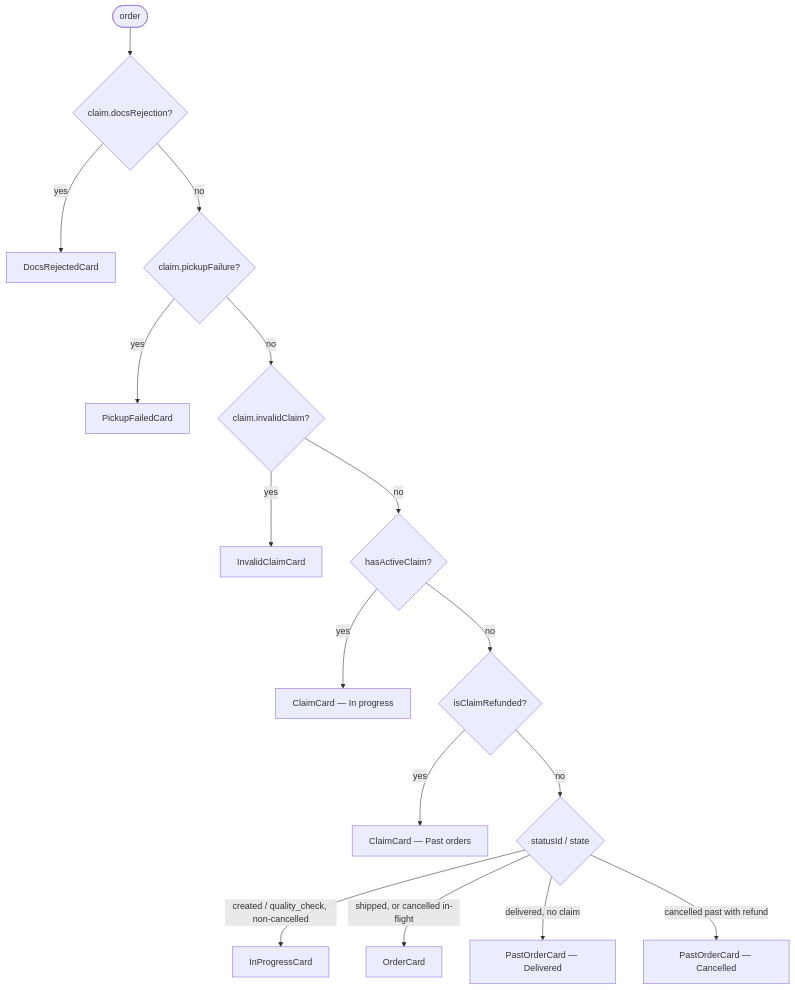
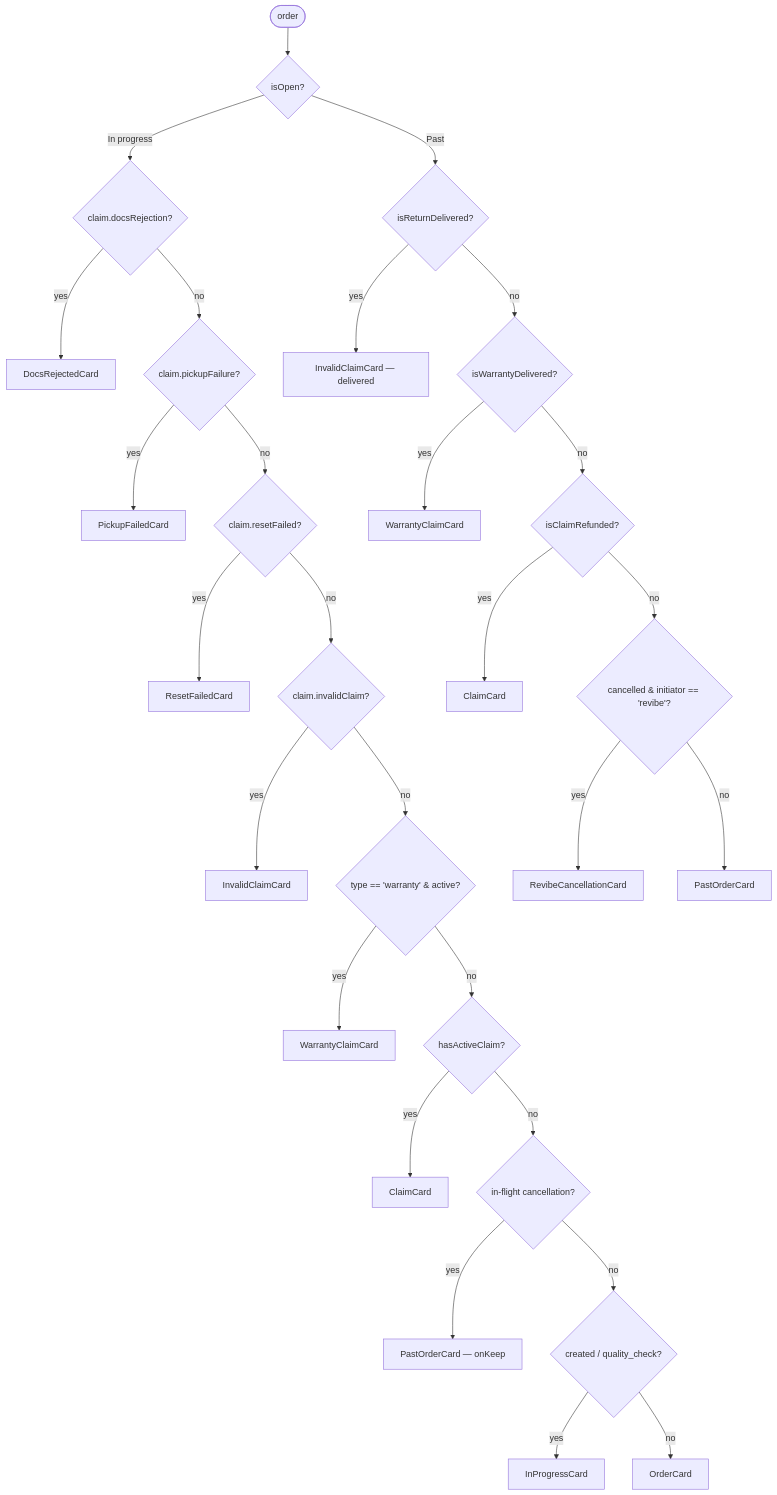
Before and after one commit to andrea-revibe/my-account-redesign-v2: the first of 4 diagrams in docs/output/orders.md, drawn with Mermaid. The commit also changed other lines of this file and 9 other files, not shown here.

````diff
--- a/docs/output/orders.md
+++ b/docs/output/orders.md
@@ -52,18 +52,30 @@
 ```mermaid
 flowchart TD
-  start([order]) --> q1{claim.docsRejection?}
+  start([order]) --> open{isOpen?}
+  open -->|In progress| q1{claim.docsRejection?}
   q1 -->|yes| docs[DocsRejectedCard]
   q1 -->|no| q2{claim.pickupFailure?}
   q2 -->|yes| pickup[PickupFailedCard]
-  q2 -->|no| q3{claim.invalidClaim?}
-  q3 -->|yes| invalid[InvalidClaimCard]
-  q3 -->|no| q4{hasActiveClaim?}
-  q4 -->|yes| claim[ClaimCard — In progress]
-  q4 -->|no| q5{isClaimRefunded?}
-  q5 -->|yes| claimPast[ClaimCard — Past orders]
-  q5 -->|no| q6{statusId / state}
-  q6 -->|created / quality_check, non-cancelled| inprog[InProgressCard]
-  q6 -->|shipped, or cancelled in-flight| order[OrderCard]
-  q6 -->|delivered, no claim| delivered[PastOrderCard — Delivered]
-  q6 -->|cancelled past with refund| cancelled[PastOrderCard — Cancelled]
+  q2 -->|no| q3{claim.resetFailed?}
+  q3 -->|yes| reset[ResetFailedCard]
+  q3 -->|no| q4{claim.invalidClaim?}
+  q4 -->|yes| invalid[InvalidClaimCard]
+  q4 -->|no| q5{type == 'warranty' &amp; active?}
+  q5 -->|yes| warr[WarrantyClaimCard]
+  q5 -->|no| q6{hasActiveClaim?}
+  q6 -->|yes| claim[ClaimCard]
+  q6 -->|no| q7{in-flight cancellation?}
+  q7 -->|yes| keep[PastOrderCard — onKeep]
+  q7 -->|no| q8{created / quality_check?}
+  q8 -->|yes| inprog[InProgressCard]
+  q8 -->|no| order[OrderCard]
+  open -->|Past| p1{isReturnDelivered?}
+  p1 -->|yes| invP[InvalidClaimCard — delivered]
+  p1 -->|no| p2{isWarrantyDelivered?}
+  p2 -->|yes| warrP[WarrantyClaimCard]
+  p2 -->|no| p3{isClaimRefunded?}
+  p3 -->|yes| claimP[ClaimCard]
+  p3 -->|no| p4{cancelled &amp; initiator == 'revibe'?}
+  p4 -->|yes| revibe[RevibeCancellationCard]
+  p4 -->|no| past[PastOrderCard]
 ```
````
